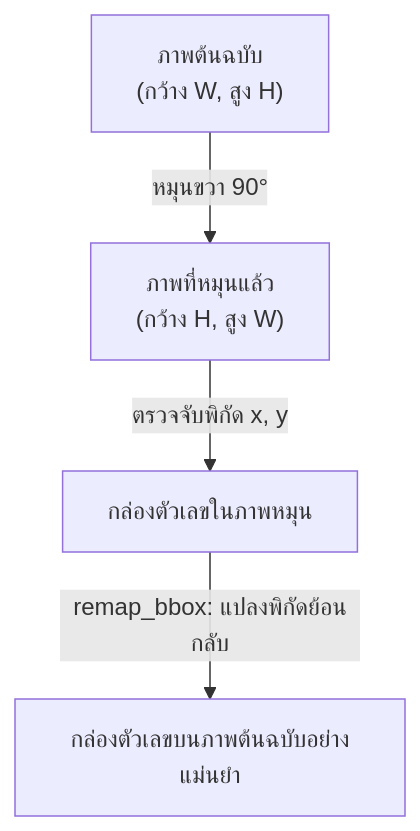
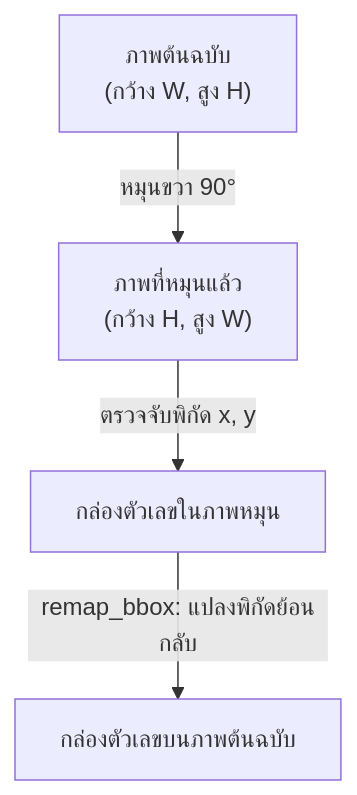
The first of 5 diagrams in TUTORIAL.md (jirathxz/meter-reader), drawn with Mermaid before and after one commit. The commit also changed other lines of this file and 13 other files, not shown here.

````diff
--- a/TUTORIAL.md
+++ b/TUTORIAL.md
@@ -283,6 +305,6 @@
 ```mermaid
 flowchart TD
   A["ภาพต้นฉบับ<br/>(กว้าง W, สูง H)"] -->|"หมุนขวา 90°"| B["ภาพที่หมุนแล้ว<br/>(กว้าง H, สูง W)"]
   B -->|"ตรวจจับพิกัด x, y"| C["กล่องตัวเลขในภาพหมุน"]
-  C -->|"remap_bbox: แปลงพิกัดย้อนกลับ"| D["กล่องตัวเลขบนภาพต้นฉบับอย่างแม่นยำ"]
+  C -->|"remap_bbox: แปลงพิกัดย้อนกลับ"| D["กล่องตัวเลขบนภาพต้นฉบับ"]
 ```
````
